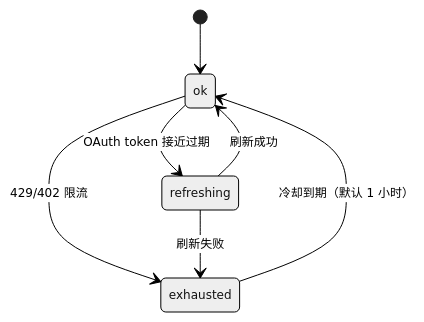
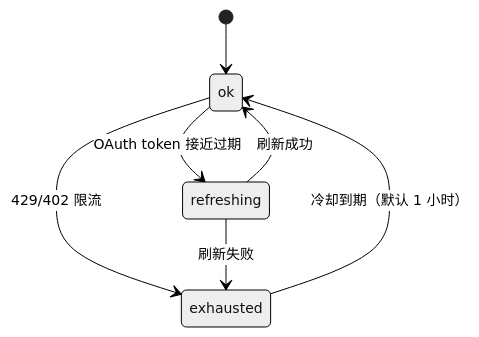
One commit to fang-lin/hermes-agent-code-analysis changed the seventh of 9 diagrams in docs/zh/02-Agent核心.md. Above: the diagram before and after it, drawn with Mermaid. The commit also changed other lines of this file and 5 other files, not shown here.

First line of the commit message:
00/01/02 全部图表统一 Mermaid init 指令：fontSize 14px，紧凑间距

````diff
--- a/docs/zh/02-Agent核心.md
+++ b/docs/zh/02-Agent核心.md
@@ -315,10 +315,10 @@
 ```mermaid
-%%{init: {"theme": "neutral", "themeVariables": {"fontSize": "12px"}}}%%
+%%{init: {"theme": "neutral", "themeVariables": {"fontSize": "14px"}}}%%
 stateDiagram-v2
     [*] --> ok
     ok --> exhausted : 429/402 限流
     exhausted --> ok : 冷却到期（默认 1 小时）
     ok --> refreshing : OAuth token 接近过期
     refreshing --> ok : 刷新成功
     refreshing --> exhausted : 刷新失败
 ```
````
